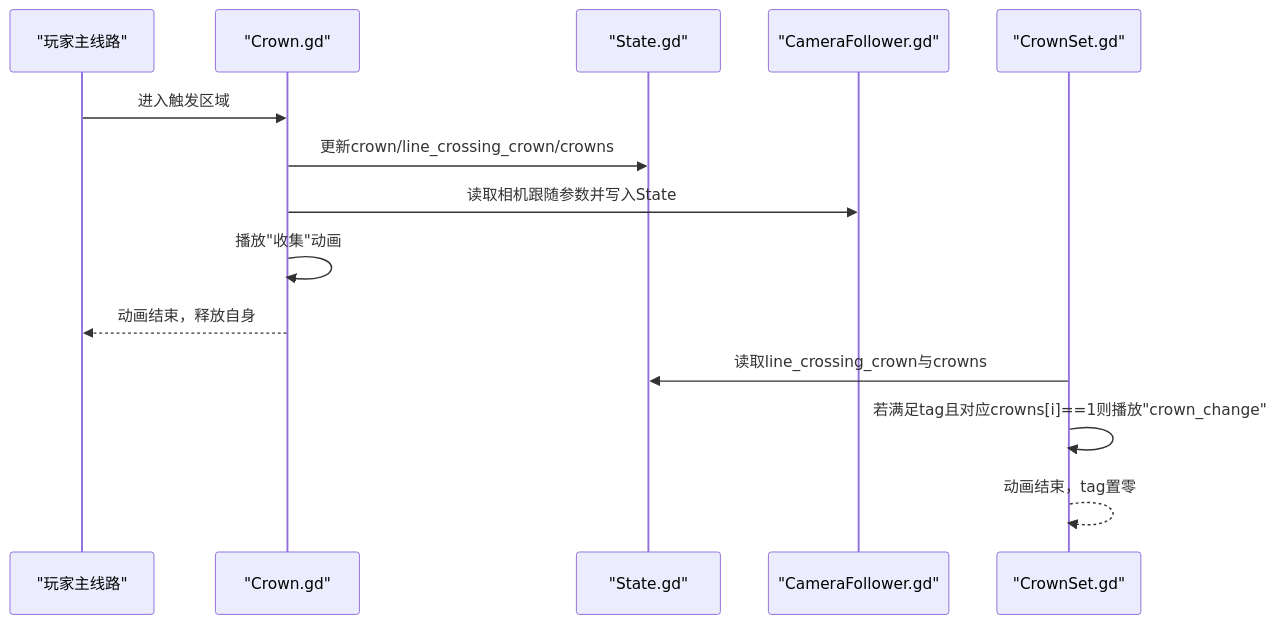
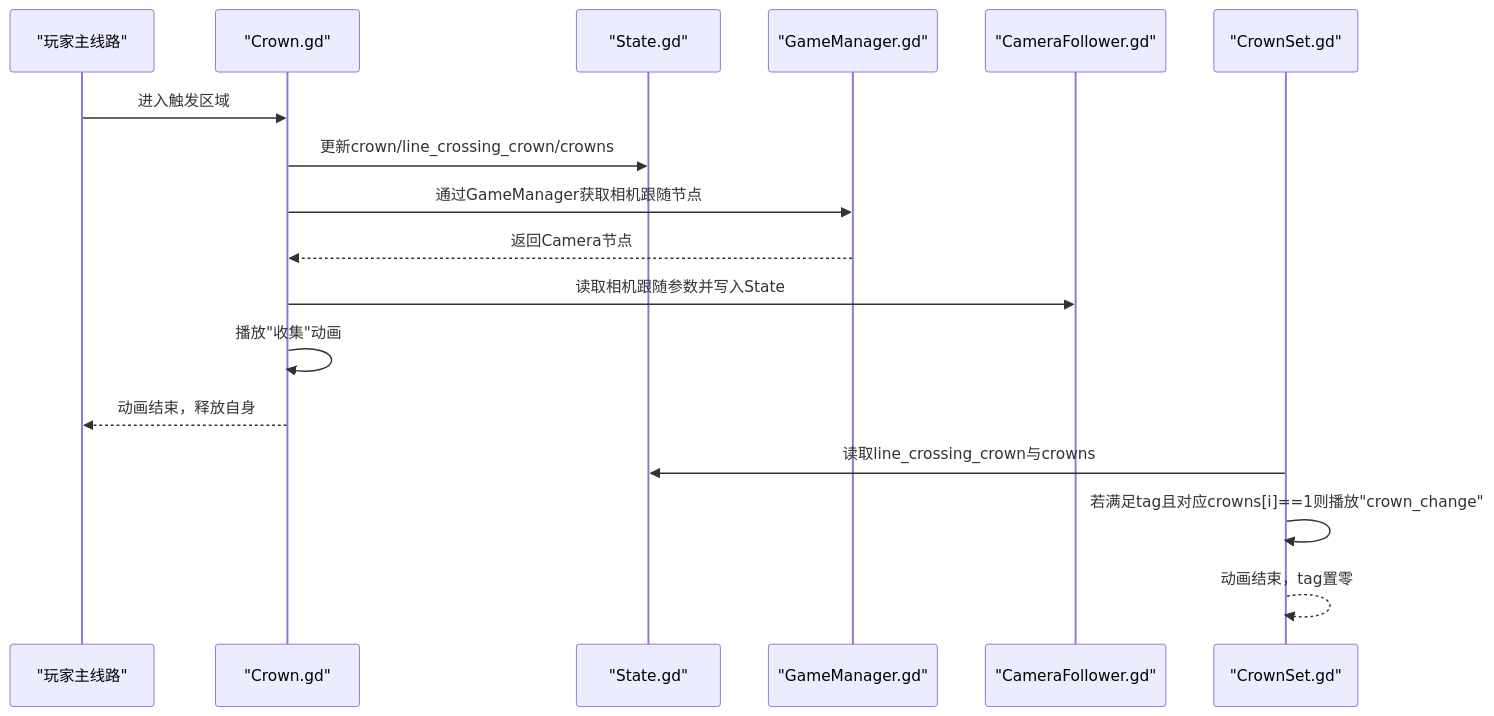
One commit to godotline/godot-line changed the second of 5 diagrams in .qoder/repowiki/zh/content/游戏系统/触发器系统/Crown触发器.md. Above: the diagram before and after it, drawn with Mermaid. The commit also changed other lines of this file and 18 other files, not shown here.

````diff
--- a/.qoder/repowiki/zh/content/游戏系统/触发器系统/Crown触发器.md
+++ b/.qoder/repowiki/zh/content/游戏系统/触发器系统/Crown触发器.md
@@ -119,16 +142,19 @@
 ```mermaid
 sequenceDiagram
 participant Player as "玩家主线路"
 participant Crown as "Crown.gd"
 participant State as "State.gd"
+participant GameMgr as "GameManager.gd"
 participant Cam as "CameraFollower.gd"
 participant Set as "CrownSet.gd"
 Player->>Crown : 进入触发区域
 Crown->>State : 更新crown/line_crossing_crown/crowns
+Crown->>GameMgr : 通过GameManager获取相机跟随节点
+GameMgr-->>Crown : 返回Camera节点
 Crown->>Cam : 读取相机跟随参数并写入State
 Crown->>Crown : 播放"收集"动画
 Crown-->>Player : 动画结束，释放自身
 Set->>State : 读取line_crossing_crown与crowns
 Set->>Set : 若满足tag且对应crowns[i]==1则播放"crown_change"
 Set-->>Set : 动画结束，tag置零
 ```
````
